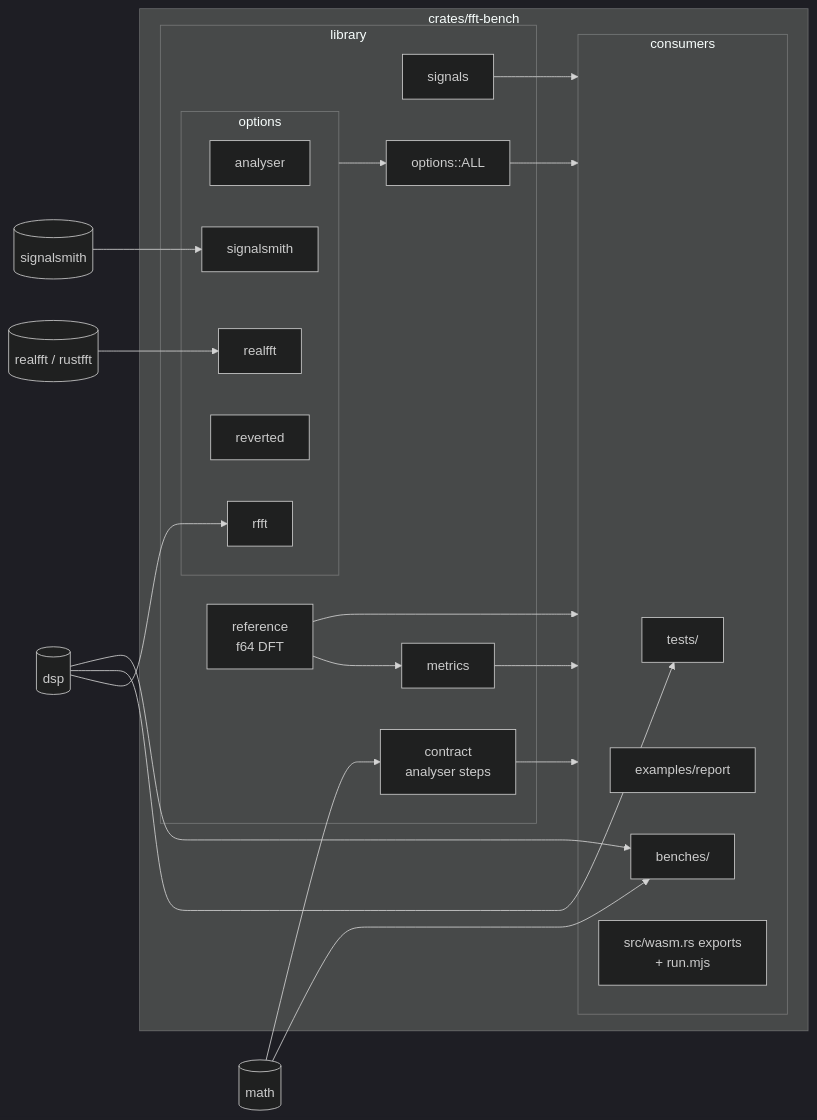
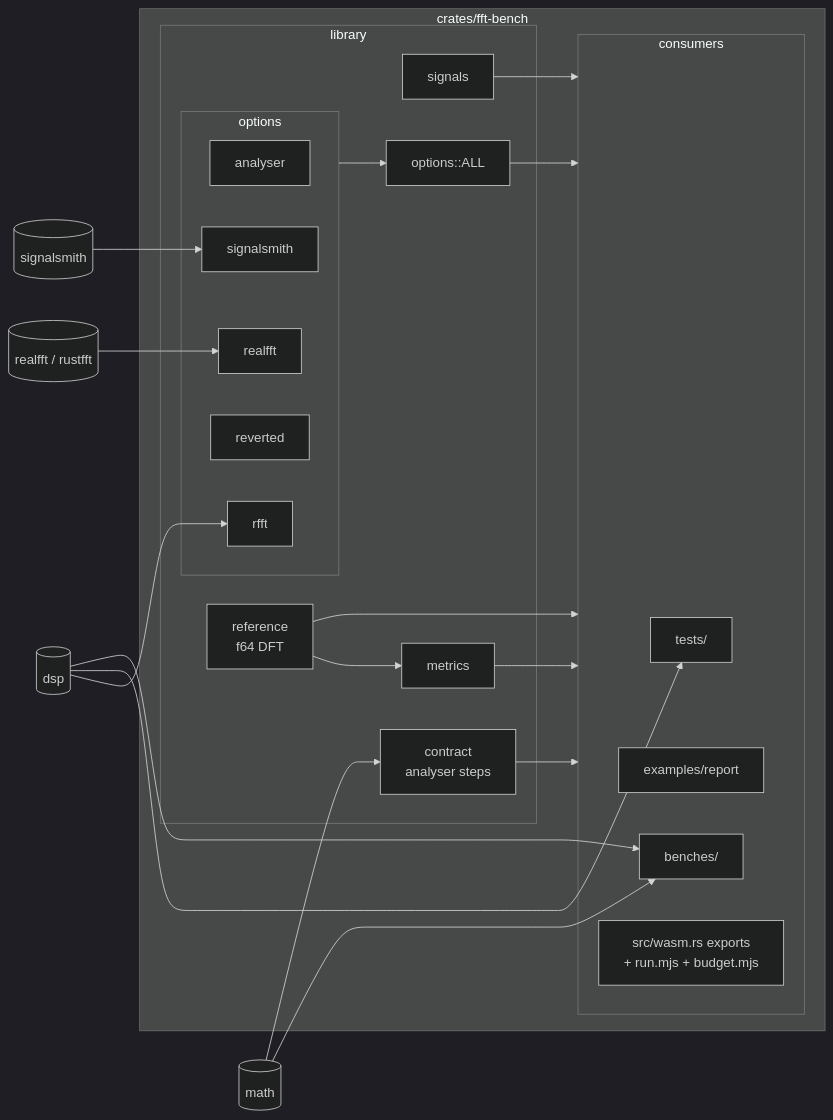
The first of 2 diagrams in crates/fft-bench/docs/architecture.md (BLyndon/openDAW), drawn with Mermaid (dark theme) before and after one commit. The commit also changed other lines of this file and 8 other files, not shown here.

````diff
--- a/crates/fft-bench/docs/architecture.md
+++ b/crates/fft-bench/docs/architecture.md
@@ -31,43 +31,43 @@
 ```mermaid
 flowchart LR
     dsp[(dsp)]
     math[(math)]
     signalsmith_crate[(signalsmith)]
     realfft_crate[(realfft / rustfft)]
     subgraph harness[crates/fft-bench]
         subgraph library[library]
             signals
             reference[reference<br/>f64 DFT]
             metrics
             contract[contract<br/>analyser steps]
             registry[options::ALL]
             subgraph options[options]
                 analyser
                 rfft_opt[rfft]
                 signalsmith_opt[signalsmith]
                 reverted
                 realfft_opt[realfft]
             end
         end
         subgraph consumers[consumers]
             tests[tests/]
             report[examples/report]
             benches[benches/]
-            wasm[src/wasm.rs exports<br/>+ run.mjs]
+            wasm[src/wasm.rs exports<br/>+ run.mjs + budget.mjs]
         end
     end
     reference --> metrics
     options --> registry
     math --> contract
     dsp --> rfft_opt
     dsp --> tests
     dsp --> benches
     math --> benches
     signalsmith_crate --> signalsmith_opt
     realfft_crate --> realfft_opt
     signals --> consumers
     reference --> consumers
     metrics --> consumers
     contract --> consumers
     registry --> consumers
 ```
````
